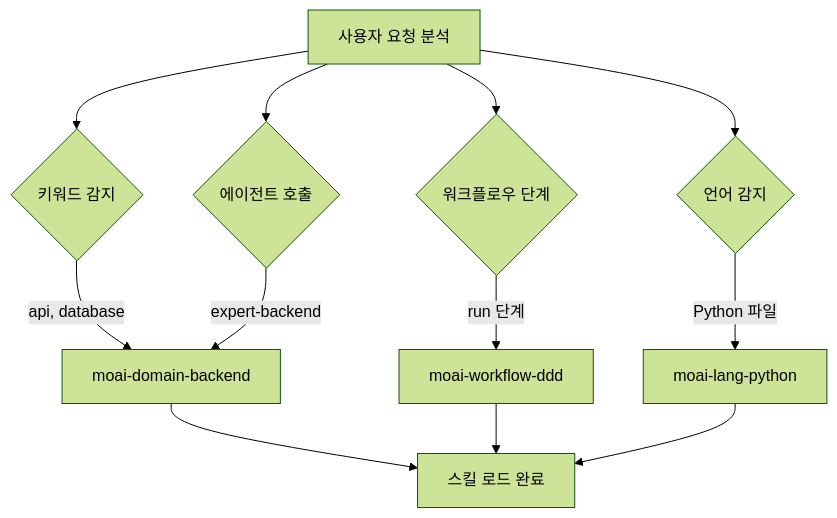
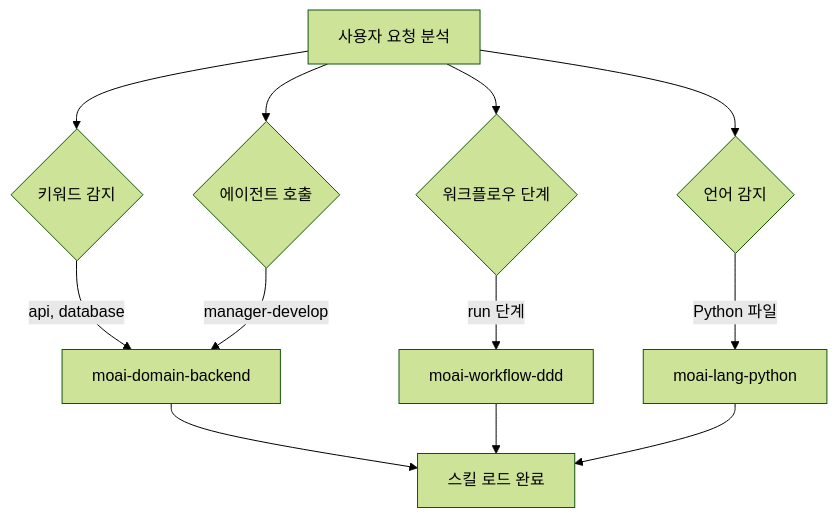
Before and after one commit to modu-ai/moai-adk: the third of 4 diagrams in docs-site/content/ko/advanced/skill-guide.md, drawn with Mermaid (forest theme). The commit also changed other lines of this file and 153 other files, not shown here.

````diff
--- a/docs-site/content/ko/advanced/skill-guide.md
+++ b/docs-site/content/ko/advanced/skill-guide.md
@@ -202,16 +202,16 @@
 ```mermaid
 flowchart TD
     REQ[사용자 요청 분석] --> KW{키워드 감지}
     REQ --> AG{에이전트 호출}
     REQ --> PH{워크플로우 단계}
     REQ --> LN{언어 감지}
 
     KW -->|"api, database"| SKILL1[moai-domain-backend]
-    AG -->|"expert-backend"| SKILL1
+    AG -->|"manager-develop"| SKILL1
     PH -->|"run 단계"| SKILL2[moai-workflow-ddd]
     LN -->|"Python 파일"| SKILL3[moai-lang-python]
 
     SKILL1 --> LOAD[스킬 로드 완료]
     SKILL2 --> LOAD
     SKILL3 --> LOAD
 ```
````
